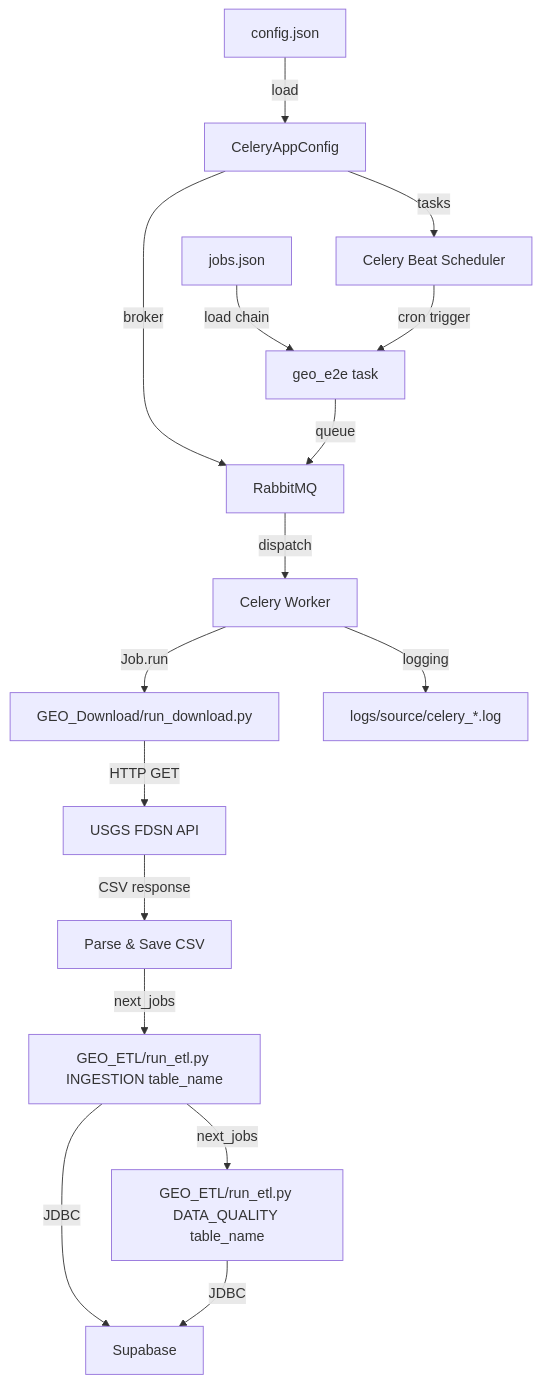
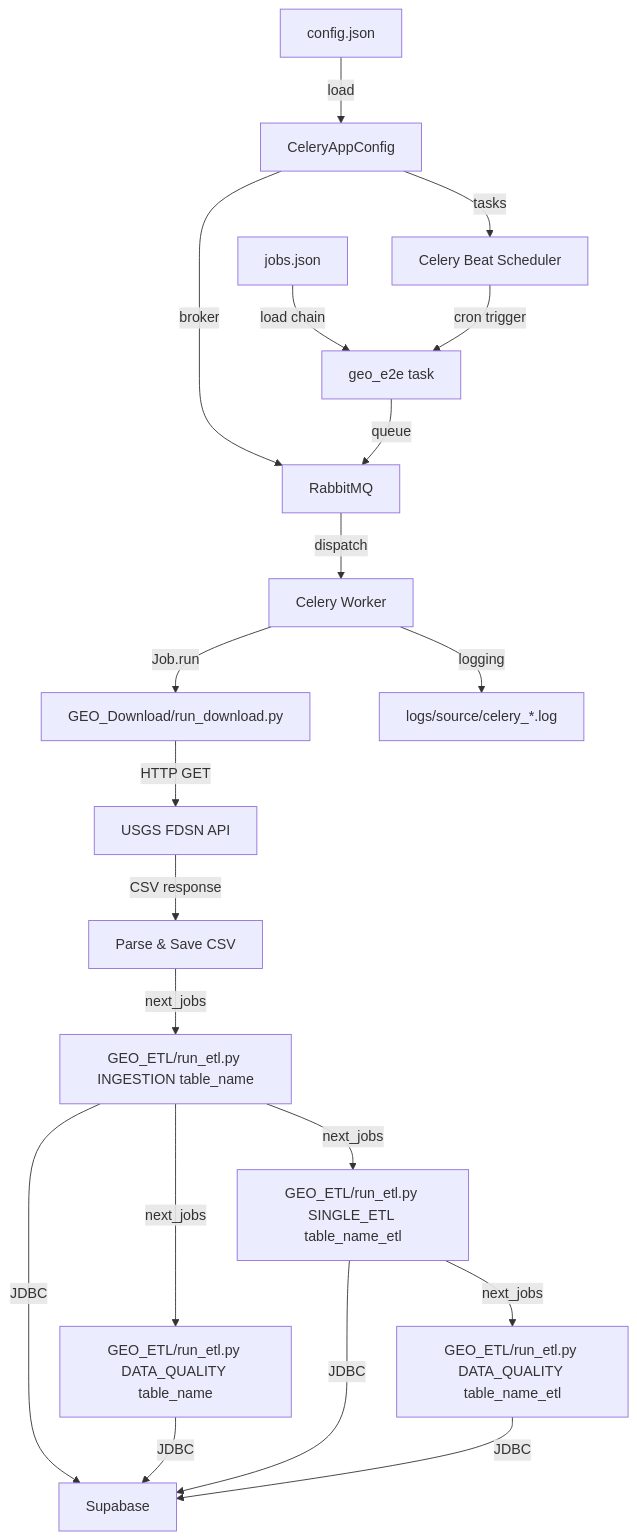
One commit to kaluzny1995/GEO_E2E changed the diagram in README.md. Above: the diagram before and after it, drawn with Mermaid. The commit also changed other lines of this file and 10 other files, not shown here.

Commit message:
SINGLE_ETL job wired into chain

````diff
--- a/README.md
+++ b/README.md
@@ -30,18 +30,22 @@
 ```mermaid
 flowchart TD
     A[config.json] -->|load| B[CeleryAppConfig]
     J2[jobs.json] -->|load chain| E
     B -->|broker| C[RabbitMQ]
     B -->|tasks| D[Celery Beat Scheduler]
     D -->|cron trigger| E[geo_e2e task]
     E -->|queue| C
     C -->|dispatch| F[Celery Worker]
     F -->|Job.run| G[GEO_Download/run_download.py]
     G -->|HTTP GET| H[USGS FDSN API]
     H -->|CSV response| I[Parse & Save CSV]
     I -->|next_jobs| K[GEO_ETL/run_etl.py INGESTION table_name]
     K -->|JDBC| L[Supabase]
     K -->|next_jobs| M[GEO_ETL/run_etl.py DATA_QUALITY table_name]
     M -->|JDBC| L
+    K -->|next_jobs| N[GEO_ETL/run_etl.py SINGLE_ETL table_name_etl]
+    N -->|JDBC| L
+    N -->|next_jobs| O[GEO_ETL/run_etl.py DATA_QUALITY table_name_etl]
+    O -->|JDBC| L
     F -->|logging| J[logs/source/celery_*.log]
 ```
````
